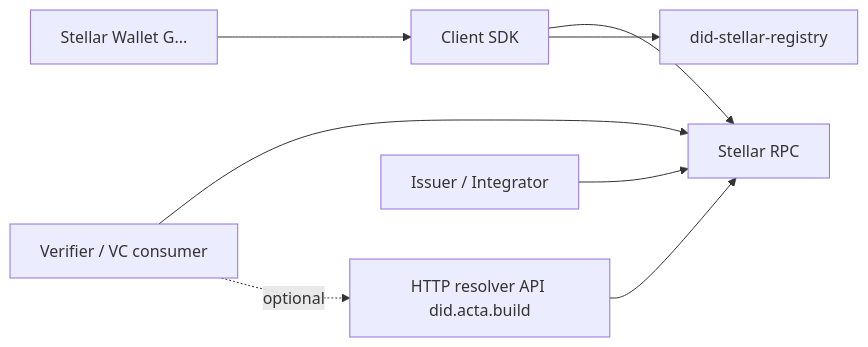
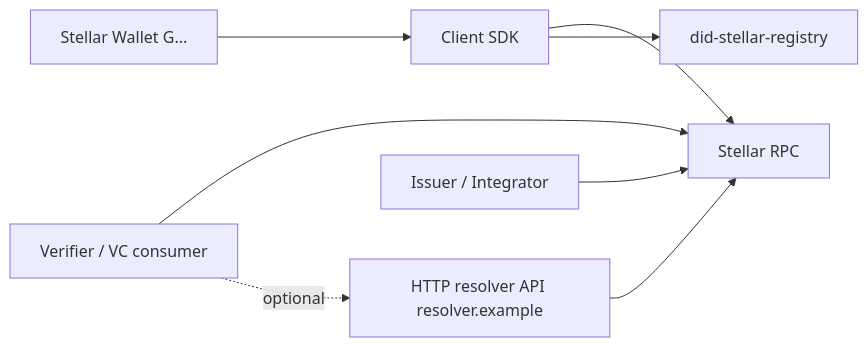
Before and after one commit to GEEKYFOCUS/verqelio: the first of 2 diagrams in contracts/docs/did-spec/did-stellar-v0.1.md, drawn with Mermaid. The commit also changed other lines of this file and 39 other files, not shown here.

````diff
--- a/contracts/docs/did-spec/did-stellar-v0.1.md
+++ b/contracts/docs/did-spec/did-stellar-v0.1.md
@@ -87,10 +87,10 @@
 ```mermaid
 flowchart LR
     Wallet[Stellar Wallet G...] --> Client[Client SDK]
     Client --> RPC[Stellar RPC]
     Client --> Registry[did-stellar-registry]
-    API[HTTP resolver API did.acta.build] --> RPC
+    API[HTTP resolver API resolver.example] --> RPC
     Verifier[Verifier / VC consumer] --> RPC
     Verifier -.optional.-> API
     Issuer[Issuer / Integrator] --> RPC
 ```
````
